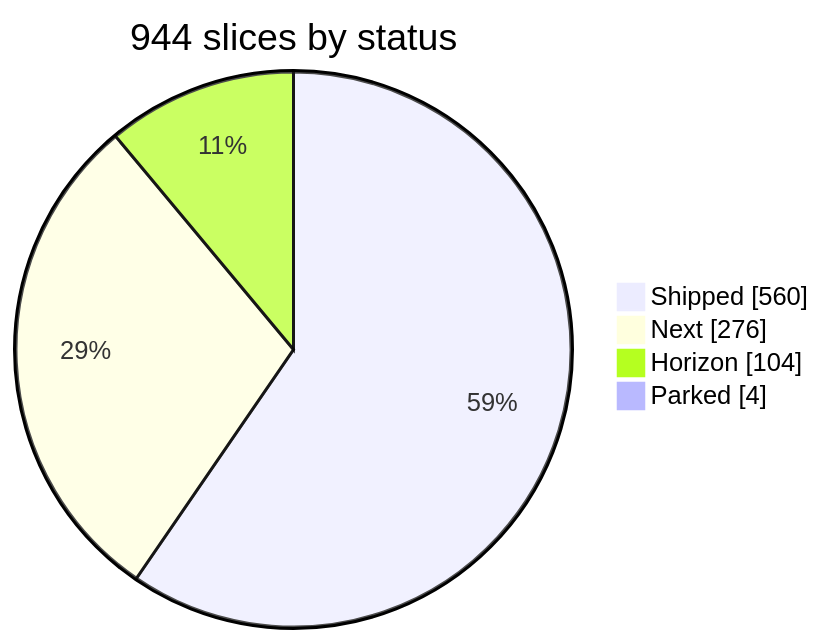
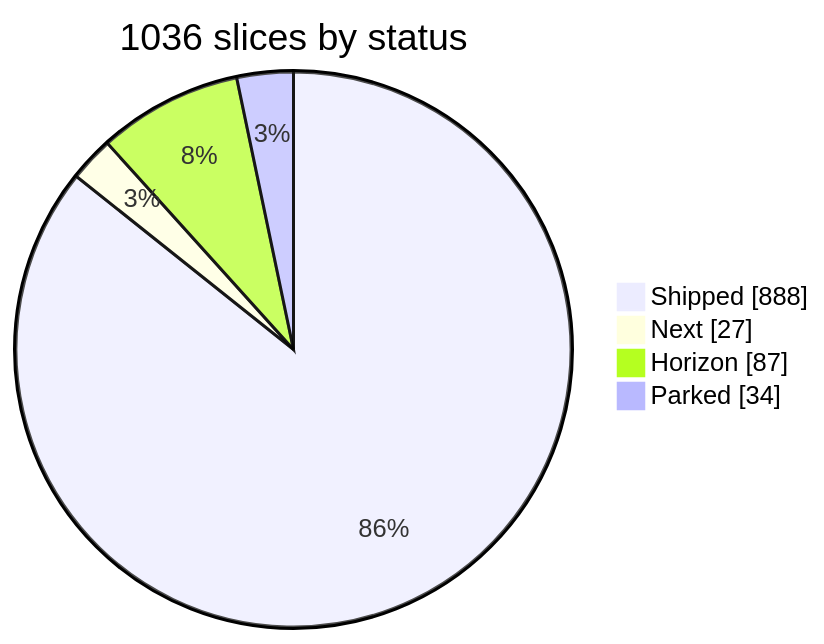
The second of 3 diagrams in vanta-website/docs/roadmap.md (jpoindexter/Vanta), drawn with Mermaid before and after one commit. The commit also changed other lines of this file and 7 other files, not shown here.

Commit message:
docs(site): sync public docs to 2026-06-21 — regen reference (122 tools/125 cmds), counts, roadmap tallies, voice/desktop/terminal capabilities

````diff
--- a/vanta-website/docs/roadmap.md
+++ b/vanta-website/docs/roadmap.md
@@ -38,8 +38,8 @@
 ```mermaid
 pie showData
-  title 944 slices by status
-  "Shipped" : 560
-  "Next" : 276
-  "Horizon" : 104
-  "Parked" : 4
+  title 1036 slices by status
+  "Shipped" : 888
+  "Next" : 27
+  "Horizon" : 87
+  "Parked" : 34
 ```
````
